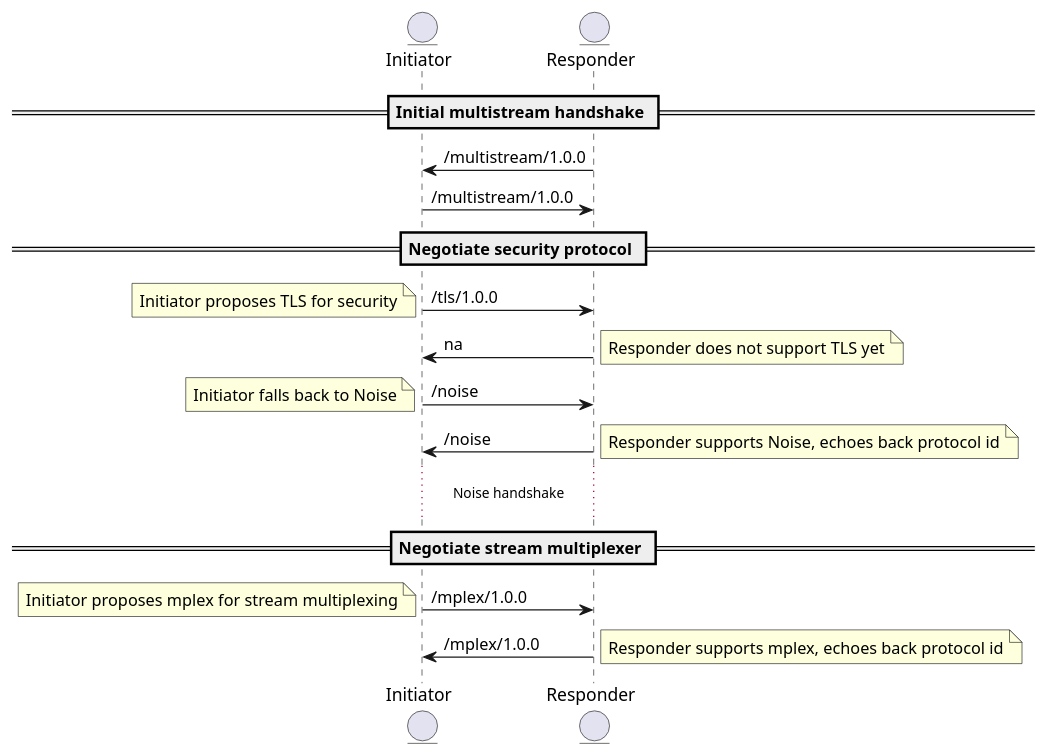
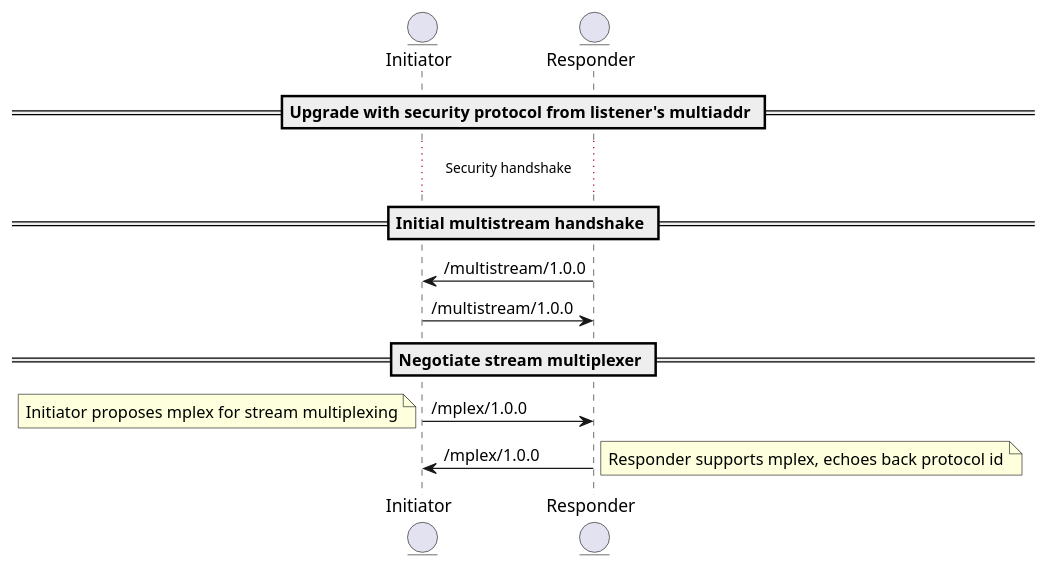
One commit to libp2p/specs changed the diagram in connections/conn-upgrade.plantuml. Above: the diagram before and after it, drawn with PlantUML. The commit also changed 2 other files, not shown here.

Commit message:
connections/: Adjust to multiaddr change

```diff
--- a/connections/conn-upgrade.plantuml
+++ b/connections/conn-upgrade.plantuml
@@ -1,36 +1,22 @@
 @startuml
-
 entity Initiator
 entity Responder
+
+
+== Upgrade with security protocol from listener's multiaddr ==
+
+... Security handshake ...
 
 == Initial multistream handshake ==
 
 Responder -> Initiator: /multistream/1.0.0
 Initiator -> Responder: /multistream/1.0.0
-
-== Negotiate security protocol ==
-
-Initiator -> Responder: /tls/1.0.0
-note left: Initiator proposes TLS for security
-
-Responder -> Initiator: na
-note right: Responder does not support TLS yet
-
-Initiator -> Responder: /noise
-note left: Initiator falls back to Noise
-
-Responder -> Initiator: /noise
-note right: Responder supports Noise, echoes back protocol id
-
-... Noise handshake ...
 
 == Negotiate stream multiplexer ==
 
 Initiator -> Responder: /mplex/1.0.0
 note left: Initiator proposes mplex for stream multiplexing
 
 Responder -> Initiator: /mplex/1.0.0
 note right: Responder supports mplex, echoes back protocol id
-
-
 @enduml
```
